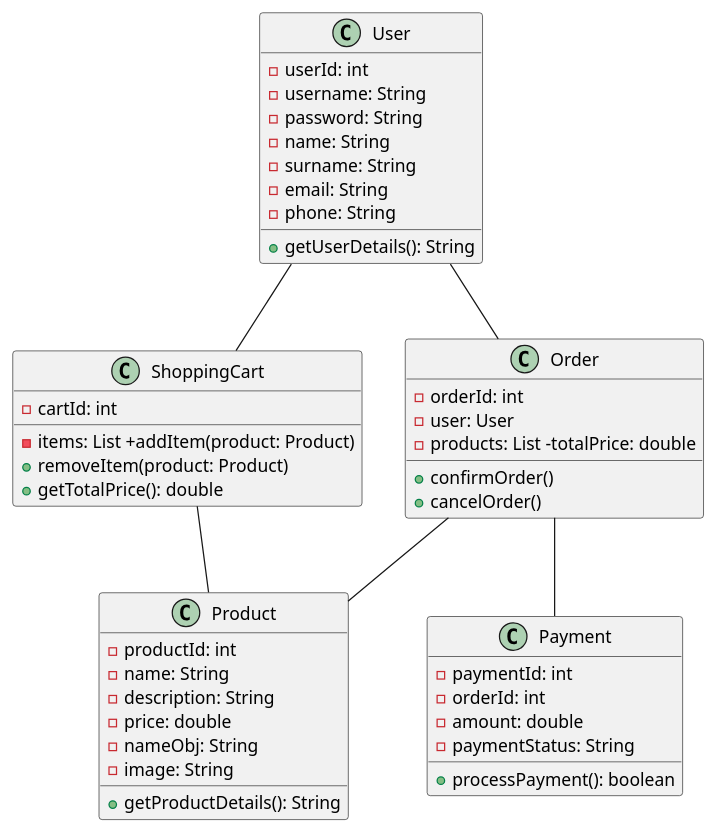
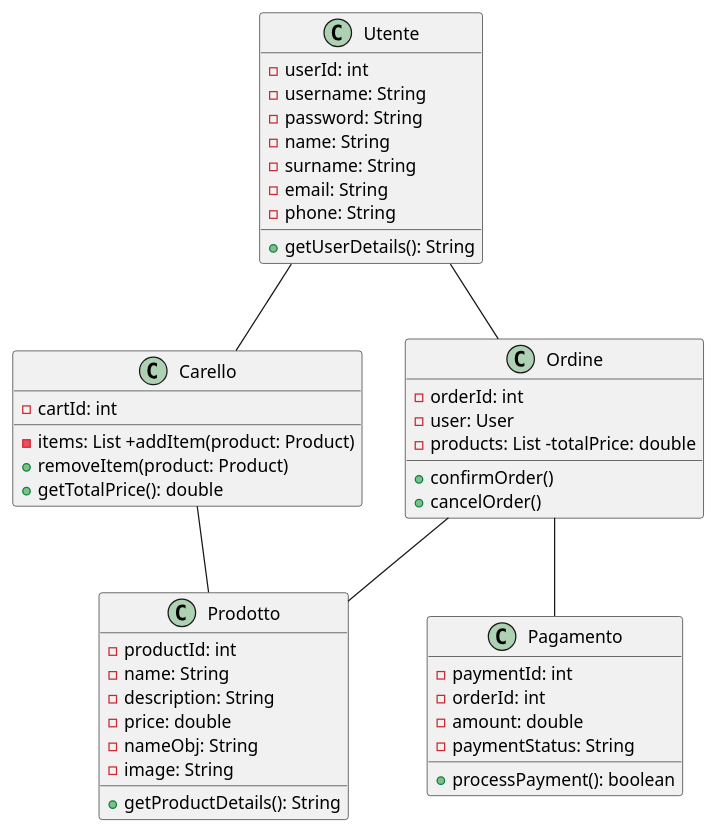
Before and after one commit to MirkoMolteni/GestioneProgetti: the diagram in Fase_3/Temp/classDiagram.puml, drawn with PlantUML. The commit also changed 7 other files, not shown here.

Commit message:
Generati UML

```diff
--- a/Fase_3/Temp/classDiagram.puml
+++ b/Fase_3/Temp/classDiagram.puml
@@ -1,54 +1,54 @@
 @startuml classDiagram
 
-class User {
+class Utente {
 -userId: int
 -username: String
 -password: String
 -name: String
 -surname: String
 -email: String
 -phone: String
 +getUserDetails(): String
 }
 
 
-class Product {
+class Prodotto {
 -productId: int
 -name: String
 -description: String
 -price: double
 -nameObj: String
 -image: String
 +getProductDetails(): String
 }
 
-class ShoppingCart {
+class Carello {
 -cartId: int
 -items: List +addItem(product: Product)
 +removeItem(product: Product)
 +getTotalPrice(): double
 }
 
-class Order {
+class Ordine {
 -orderId: int
 -user: User
 -products: List -totalPrice: double
 +confirmOrder()
 +cancelOrder()
 }
 
-class Payment {
+class Pagamento {
 -paymentId: int
 -orderId: int
 -amount: double
 -paymentStatus: String
 +processPayment(): boolean
 }
 
-User -- ShoppingCart
-ShoppingCart -- Product
-User -- Order
-Order -- Product
-Order -- Payment
+Utente -- Carello
+Carello -- Prodotto
+Utente -- Ordine
+Ordine -- Prodotto
+Ordine -- Pagamento
 
 @enduml
```
